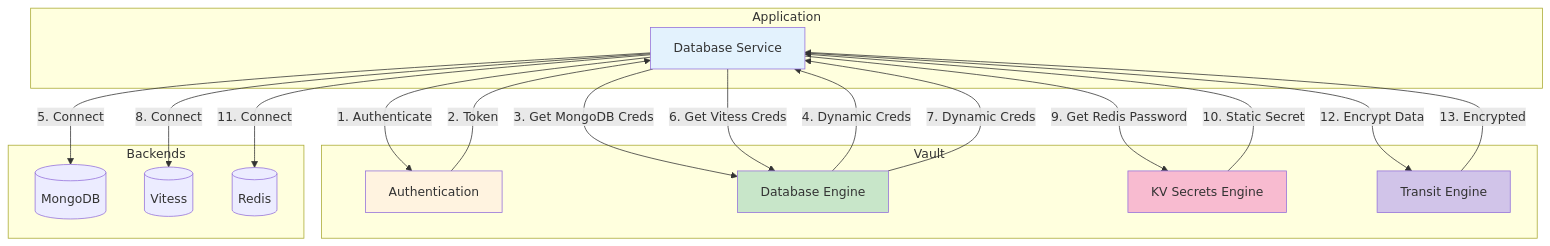
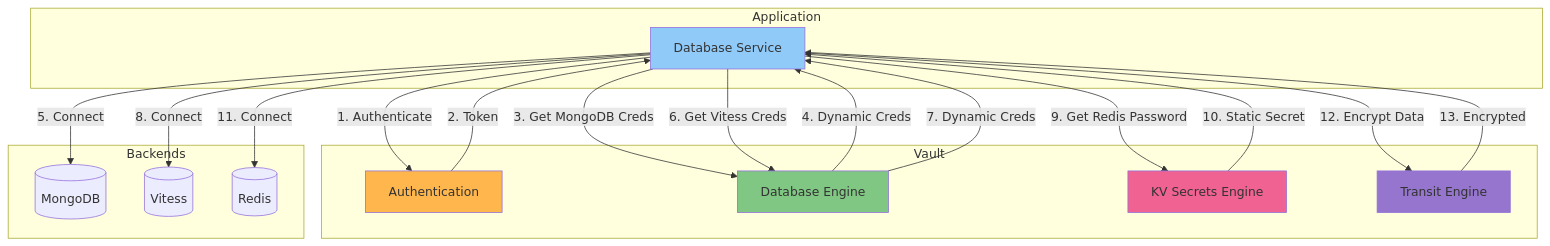
The first of 10 diagrams in docs/VAULT_INTEGRATION.md (YouSangSon/database-service), drawn with Mermaid before and after one commit. The commit also changed other lines of this file and 5 other files, not shown here.

First line of the commit message:
Update to Go 1.25.4 and improve Mermaid diagram readability

````diff
--- a/docs/VAULT_INTEGRATION.md
+++ b/docs/VAULT_INTEGRATION.md
@@ -18,43 +18,43 @@
 ```mermaid
 graph TB
     subgraph "Application"
         APP[Database Service]
     end
 
     subgraph "Vault"
         AUTH[Authentication]
         DB_ENGINE[Database Engine]
         KV_ENGINE[KV Secrets Engine]
         TRANSIT_ENGINE[Transit Engine]
     end
 
     subgraph "Backends"
         MONGO[(MongoDB)]
         VITESS[(Vitess)]
         REDIS[(Redis)]
     end
 
     APP -->|1. Authenticate| AUTH
     AUTH -->|2. Token| APP
 
     APP -->|3. Get MongoDB Creds| DB_ENGINE
     DB_ENGINE -->|4. Dynamic Creds| APP
     APP -->|5. Connect| MONGO
 
     APP -->|6. Get Vitess Creds| DB_ENGINE
     DB_ENGINE -->|7. Dynamic Creds| APP
     APP -->|8. Connect| VITESS
 
     APP -->|9. Get Redis Password| KV_ENGINE
     KV_ENGINE -->|10. Static Secret| APP
     APP -->|11. Connect| REDIS
 
     APP -->|12. Encrypt Data| TRANSIT_ENGINE
     TRANSIT_ENGINE -->|13. Encrypted| APP
 
-    style APP fill:#e3f2fd
-    style AUTH fill:#fff3e0
-    style DB_ENGINE fill:#c8e6c9
-    style KV_ENGINE fill:#f8bbd0
-    style TRANSIT_ENGINE fill:#d1c4e9
+    style APP fill:#90caf9
+    style AUTH fill:#ffb74d
+    style DB_ENGINE fill:#81c784
+    style KV_ENGINE fill:#f06292
+    style TRANSIT_ENGINE fill:#9575cd
 ```
````
